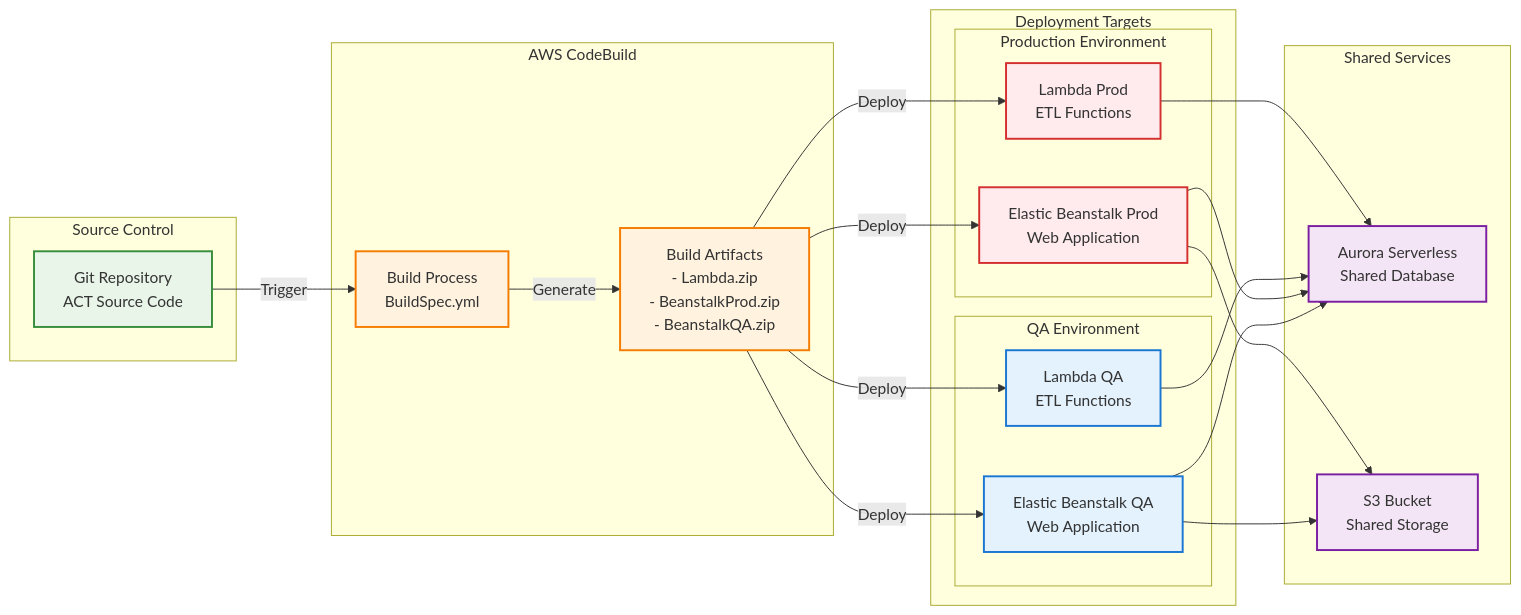
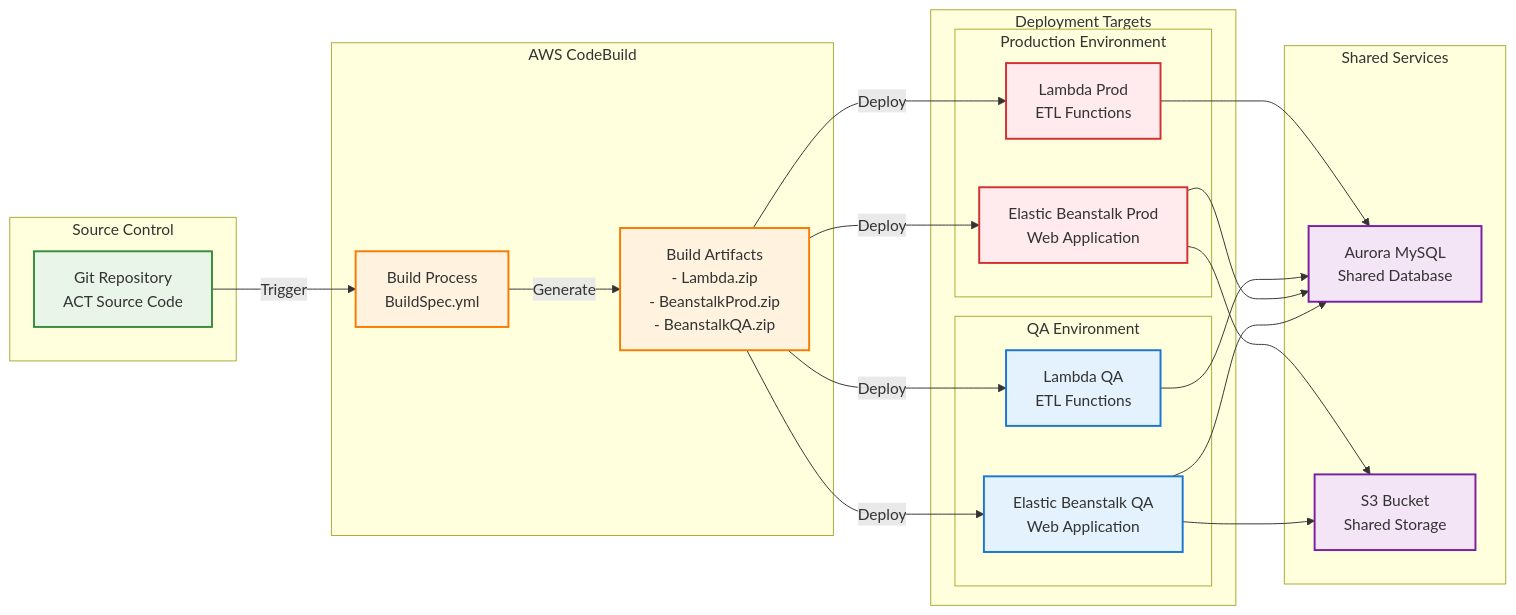
Before and after one commit to csg-i/assetcompliancetracker: the third of 5 diagrams in AWS_Architecture_Diagram.md, drawn with Mermaid. The commit also changed other lines of this file and 1 other file, not shown here.

First line of the commit message:
Fix: Correct database references from Aurora Serverless to Aurora MySQL

````diff
--- a/AWS_Architecture_Diagram.md
+++ b/AWS_Architecture_Diagram.md
@@ -147,57 +147,57 @@
 ```mermaid
 graph LR
     subgraph "Source Control"
         Repo[Git Repository<br/>ACT Source Code]
     end
 
     subgraph "AWS CodeBuild"
         Build[Build Process<br/>BuildSpec.yml]
         Artifacts[Build Artifacts<br/>- Lambda.zip<br/>- BeanstalkProd.zip<br/>- BeanstalkQA.zip]
     end
 
     subgraph "Deployment Targets"
         subgraph "QA Environment"
             EB_QA[Elastic Beanstalk QA<br/>Web Application]
             Lambda_QA[Lambda QA<br/>ETL Functions]
         end
         
         subgraph "Production Environment"
             EB_Prod[Elastic Beanstalk Prod<br/>Web Application]
             Lambda_Prod[Lambda Prod<br/>ETL Functions]
         end
     end
 
     subgraph "Shared Services"
-        Aurora_Shared[Aurora Serverless<br/>Shared Database]
+        Aurora_Shared[Aurora MySQL<br/>Shared Database]
         S3_Shared[S3 Bucket<br/>Shared Storage]
     end
 
     %% Flow
     Repo -->|Trigger| Build
     Build -->|Generate| Artifacts
     Artifacts -->|Deploy| EB_QA
     Artifacts -->|Deploy| Lambda_QA
     Artifacts -->|Deploy| EB_Prod
     Artifacts -->|Deploy| Lambda_Prod
     
     EB_QA --> Aurora_Shared
     EB_Prod --> Aurora_Shared
     Lambda_QA --> Aurora_Shared
     Lambda_Prod --> Aurora_Shared
     
     EB_QA --> S3_Shared
     EB_Prod --> S3_Shared
 
     %% Styling
     classDef source fill:#e8f5e8,stroke:#388e3c,stroke-width:2px
     classDef build fill:#fff3e0,stroke:#f57c00,stroke-width:2px
     classDef qa fill:#e3f2fd,stroke:#1976d2,stroke-width:2px
     classDef prod fill:#ffebee,stroke:#d32f2f,stroke-width:2px
     classDef shared fill:#f3e5f5,stroke:#7b1fa2,stroke-width:2px
     
     class Repo source
     class Build,Artifacts build
     class EB_QA,Lambda_QA qa
     class EB_Prod,Lambda_Prod prod
     class Aurora_Shared,S3_Shared shared
 ```
````
